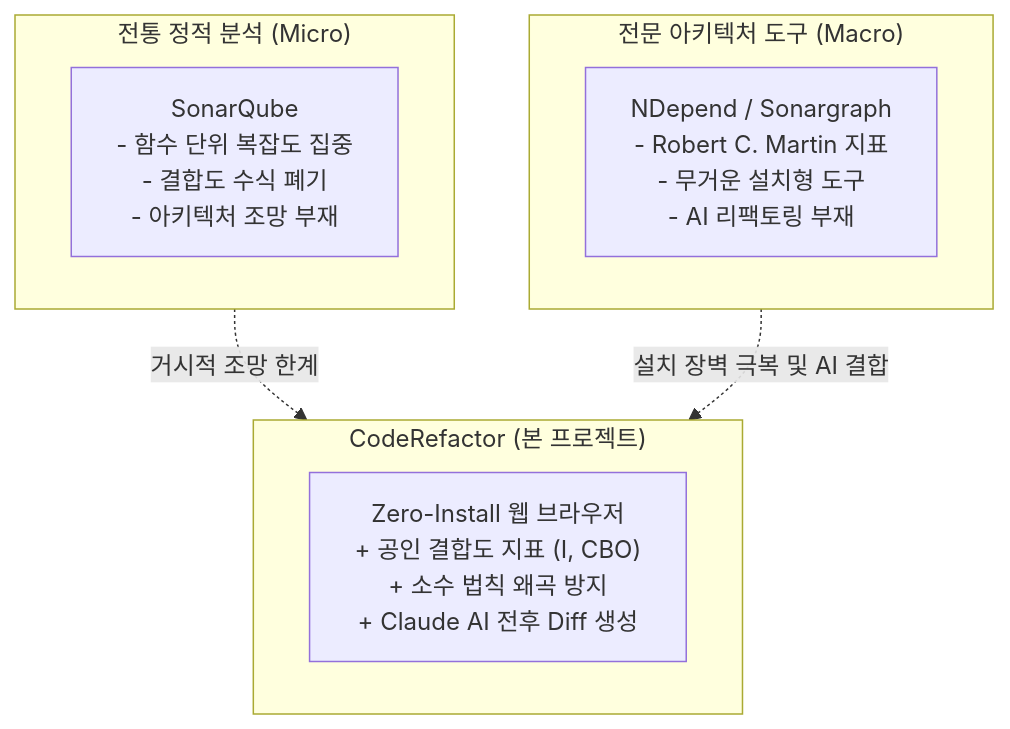
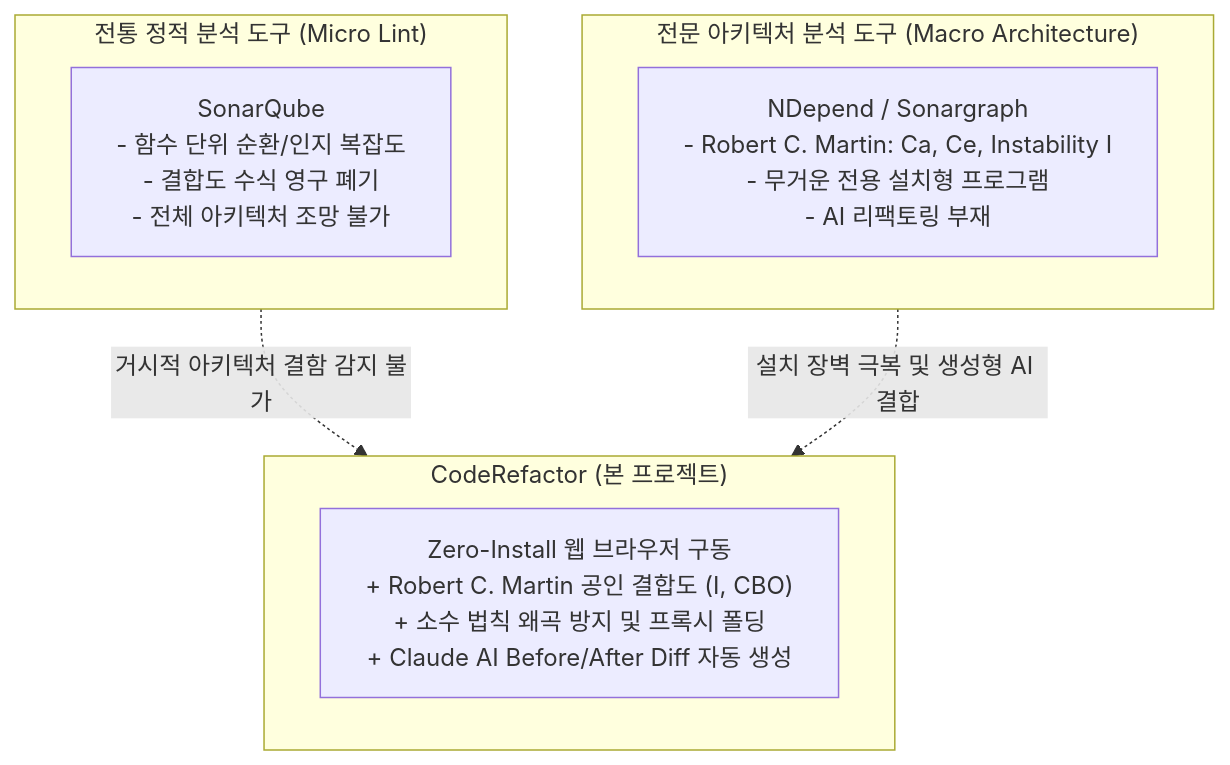
Before and after one commit to Jiin5906/CodeDiagram: the diagram in docs/comparative-analysis.md, drawn with Mermaid. The commit also changed 3 other files, not shown here.

Commit message:
fix(docs): Mermaid flowchart wrappingWidth 설정으로 한글 자동 줄바꿈 슬라이싱 해결

````diff
--- a/docs/comparative-analysis.md
+++ b/docs/comparative-analysis.md
@@ -13,17 +13,18 @@
 ```mermaid
+%%{init: {'flowchart': {'wrappingWidth': 600}}}%%
 flowchart TD
-    subgraph Traditional ["전통 정적 분석 (Micro)"]
-        SQ["SonarQube<br/>- 함수 단위 복잡도 집중<br/>- 결합도 수식 폐기<br/>- 아키텍처 조망 부재"]
+    subgraph Traditional ["전통 정적 분석 도구 (Micro Lint)"]
+        SQ["SonarQube<br/>- 함수 단위 순환/인지 복잡도<br/>- 결합도 수식 영구 폐기<br/>- 전체 아키텍처 조망 불가"]
     end
 
-    subgraph Architecture ["전문 아키텍처 도구 (Macro)"]
-        ND["NDepend / Sonargraph<br/>- Robert C. Martin 지표<br/>- 무거운 설치형 도구<br/>- AI 리팩토링 부재"]
+    subgraph Architecture ["전문 아키텍처 분석 도구 (Macro Architecture)"]
+        ND["NDepend / Sonargraph<br/>- Robert C. Martin: Ca, Ce, Instability I<br/>- 무거운 전용 설치형 프로그램<br/>- AI 리팩토링 부재"]
     end
 
     subgraph OurProject ["CodeRefactor (본 프로젝트)"]
-        CR["Zero-Install 웹 브라우저<br/>+ 공인 결합도 지표 (I, CBO)<br/>+ 소수 법칙 왜곡 방지<br/>+ Claude AI 전후 Diff 생성"]
+        CR["Zero-Install 웹 브라우저 구동<br/>+ Robert C. Martin 공인 결합도 (I, CBO)<br/>+ 소수 법칙 왜곡 방지 및 프록시 폴딩<br/>+ Claude AI Before/After Diff 자동 생성"]
     end
 
-    Traditional -.->|"거시적 조망 한계"| OurProject
-    Architecture -.->|"설치 장벽 극복 및 AI 결합"| OurProject
+    Traditional -.->|"거시적 아키텍처 결함 감지 불가"| OurProject
+    Architecture -.->|"설치 장벽 극복 및 생성형 AI 결합"| OurProject
 ```
````
